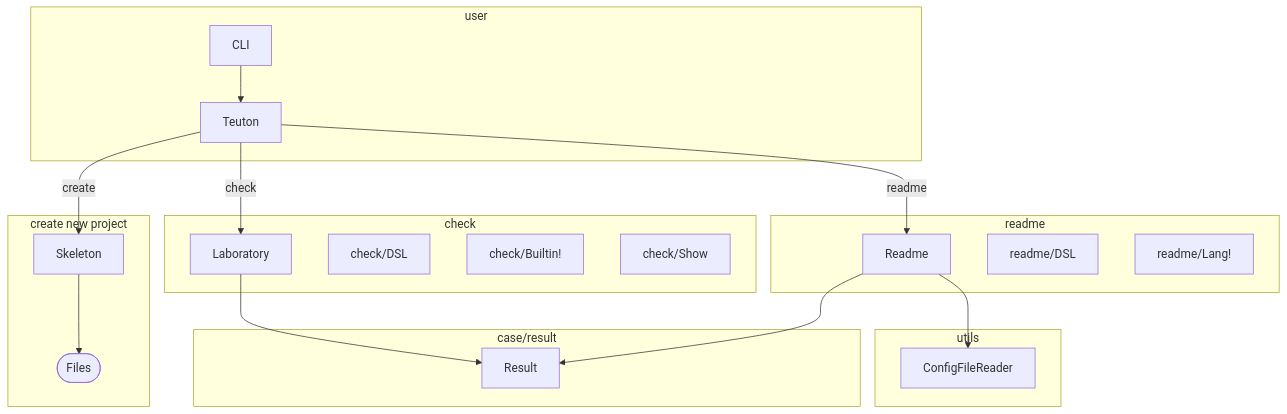
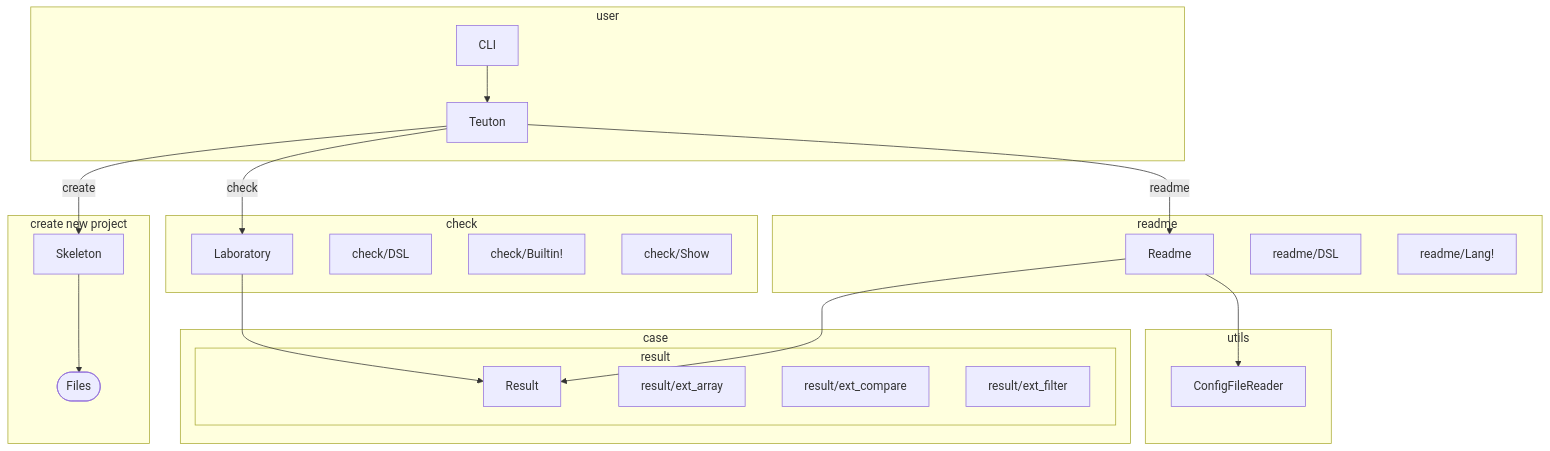
Before and after one commit to teuton-software/teuton: the first of 2 diagrams in docs/diagram.md, drawn with Mermaid.

````diff
--- a/docs/diagram.md
+++ b/docs/diagram.md
@@ -5,36 +5,42 @@
 ```mermaid
 flowchart TB
 
 subgraph user
   CLI --> Teuton
 end
 
 subgraph "create new project"
   Teuton -- create --> Skeleton
   Skeleton --> Files([Files])
 end
 
 subgraph check
   Teuton -- check --> Laboratory
 
   check/DSL
   check/Builtin!
   check/Show
 end
 
 subgraph readme
   Teuton -- readme --> Readme
 
   readme/DSL
   readme/Lang!  
 end
 
-subgraph case/result
-  Laboratory --> Result
-  Readme --> Result
+subgraph case
+
+  subgraph result
+    Laboratory --> Result
+    Readme --> Result
+    result/ext_array
+    result/ext_compare
+    result/ext_filter
+  end
 end
 
 subgraph utils
   Readme --> ConfigFileReader
 end
 ```
````
